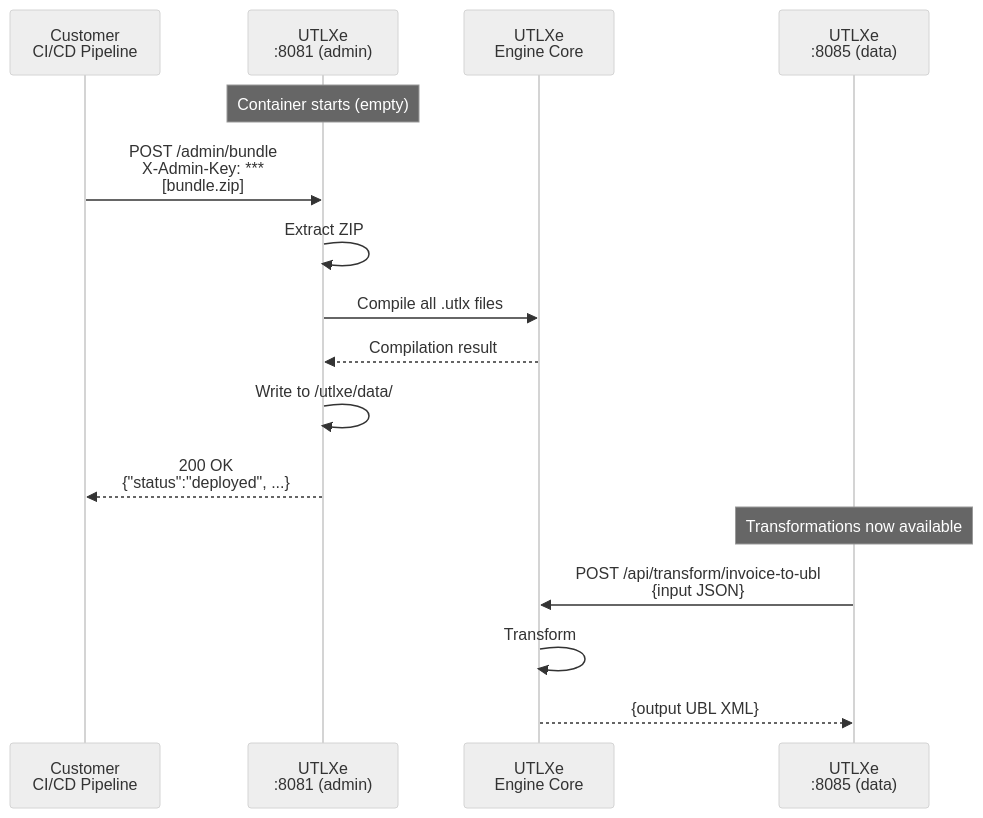
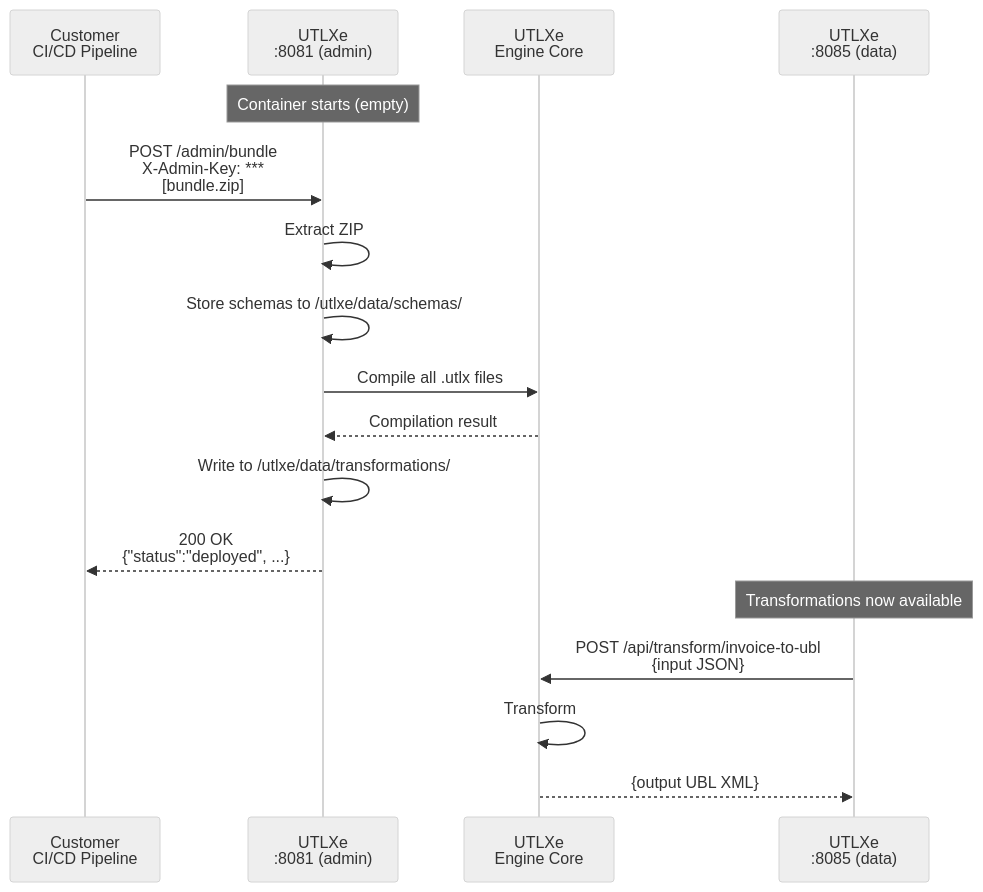
One commit to grauwen/utl-x changed the first of 2 diagrams in docs/features/EF03-bundle-management-api.md. Above: the diagram before and after it, drawn with Mermaid. The commit also changed other lines of this file, not shown here.

Commit message:
EF03: UTLXe Bundle Management API updated

````diff
--- a/docs/features/EF03-bundle-management-api.md
+++ b/docs/features/EF03-bundle-management-api.md
@@ -193,27 +360,28 @@
 ```mermaid
 ---
 config:
   look: handDrawn
   theme: neutral
 ---
 sequenceDiagram
     participant Customer as Customer<br/>CI/CD Pipeline
     participant Admin as UTLXe<br/>:8081 (admin)
     participant Engine as UTLXe<br/>Engine Core
     participant Data as UTLXe<br/>:8085 (data)
 
     Note over Admin: Container starts (empty)
 
     Customer->>Admin: POST /admin/bundle<br/>X-Admin-Key: ***<br/>[bundle.zip]
     Admin->>Admin: Extract ZIP
+    Admin->>Admin: Store schemas to /utlxe/data/schemas/
     Admin->>Engine: Compile all .utlx files
     Engine-->>Admin: Compilation result
-    Admin->>Admin: Write to /utlxe/data/
+    Admin->>Admin: Write to /utlxe/data/transformations/
     Admin-->>Customer: 200 OK<br/>{"status":"deployed", ...}
 
     Note over Data: Transformations now available
 
     Data->>Engine: POST /api/transform/invoice-to-ubl<br/>{input JSON}
     Engine->>Engine: Transform
     Engine-->>Data: {output UBL XML}
 ```
````
